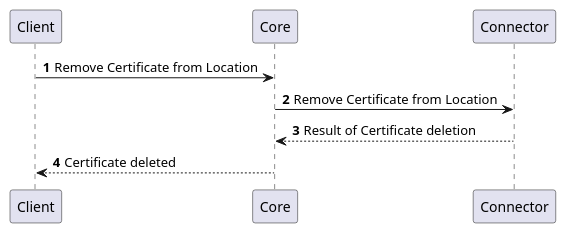
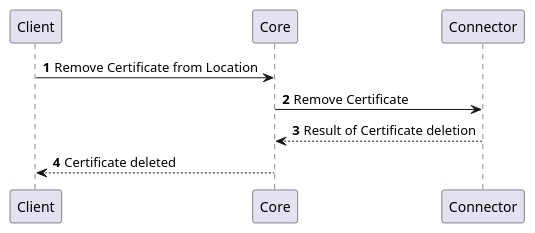
Diagram 13 of 13 in docs/12-connectors/05-description/32-entity-provider.md (CZERTAINLY/CZERTAINLY-Documentation), drawn with PlantUML before and after one commit. The commit also changed other lines of this file, not shown here.

````diff
--- a/docs/12-connectors/05-description/32-entity-provider.md
+++ b/docs/12-connectors/05-description/32-entity-provider.md
@@ -240,10 +240,10 @@
 ```plantuml
     @startuml
     autonumber
     skinparam topurl https://docs.czertainly.com/api/
         Client -> Core [[core-location/#tag/Location-Management-API/operation/removeCertificate]]: Remove Certificate from Location
-        Core -> Connector [[connector-entity-provider/#tag/Location-Operations-API/operation/removeCertificateFromLocation]]: Remove Certificate from Location
+        Core -> Connector [[connector-entity-provider/#tag/Location-Operations-API/operation/removeCertificateFromLocation]]: Remove Certificate
         Connector --> Core: Result of Certificate deletion
         Core --> Client: Certificate deleted
     @enduml
 ```
````
